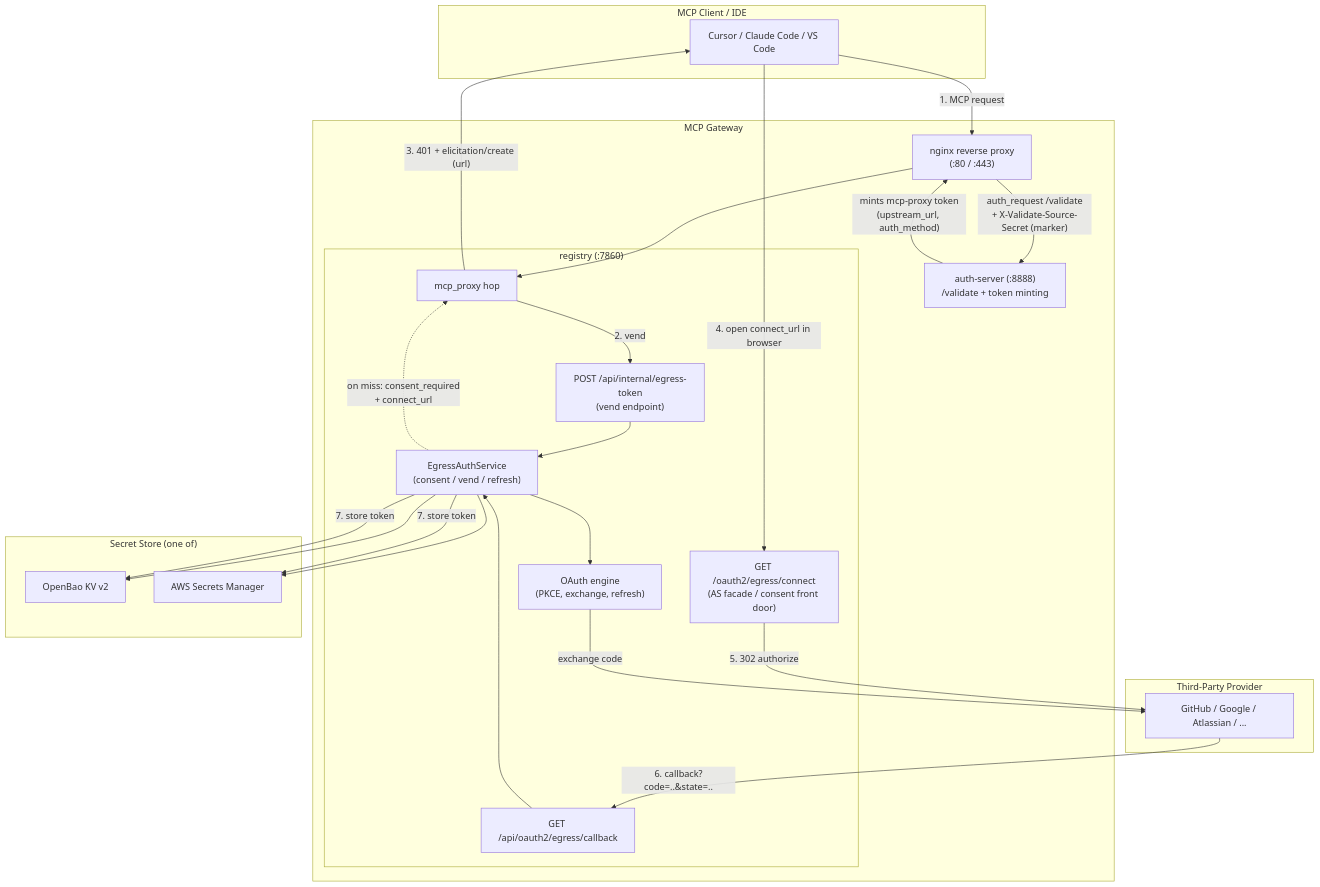
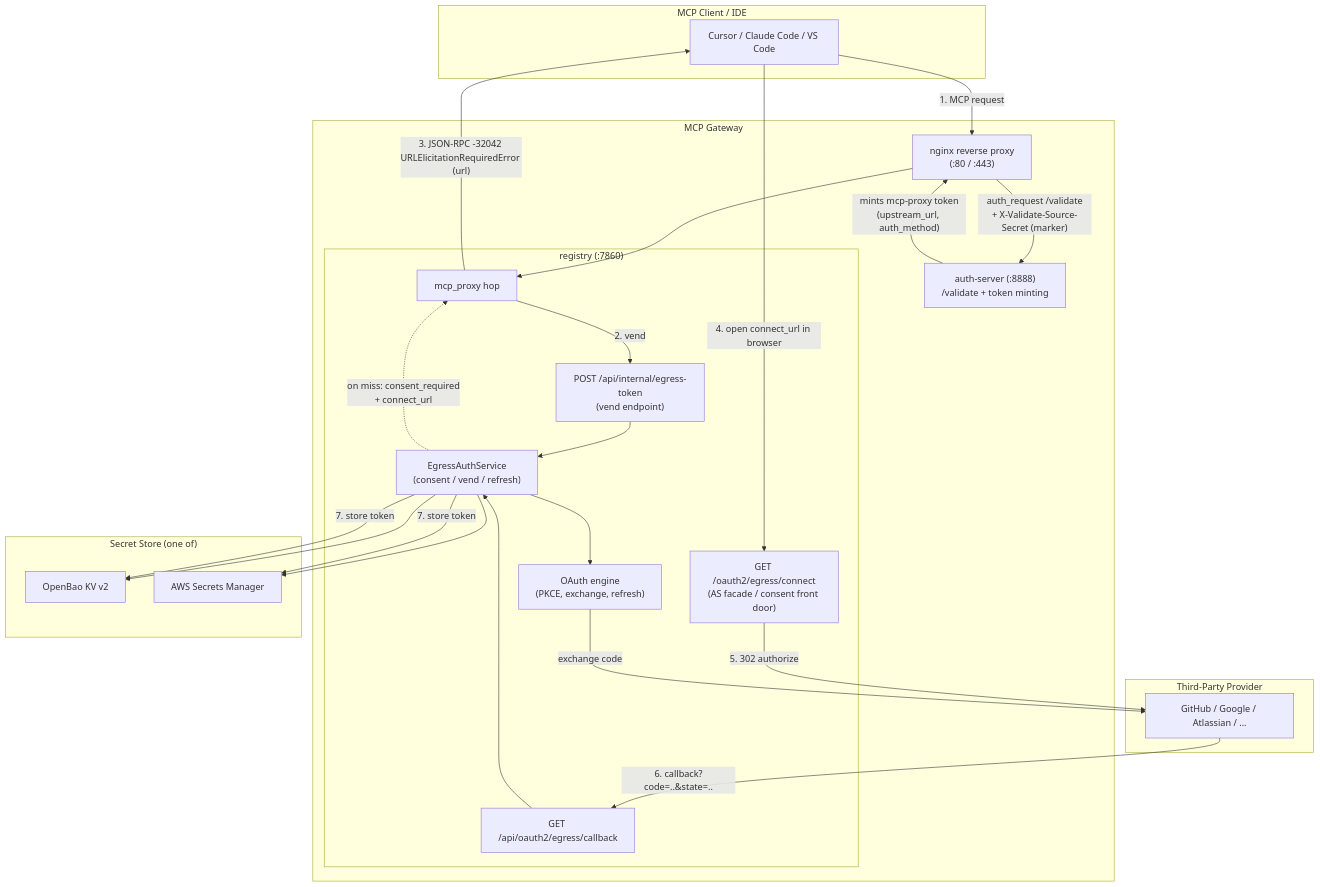
Before and after one commit to TheTechOddBug/mcp-gateway-registry: the first of 2 diagrams in docs/egress-credential-vault.md, drawn with Mermaid. The commit also changed other lines of this file, not shown here.

First line of the commit message:
docs: correct egress runtime-sequence diagram to match implementation

````diff
--- a/docs/egress-credential-vault.md
+++ b/docs/egress-credential-vault.md
@@ -58,47 +58,47 @@
 ```mermaid
 graph TB
     subgraph client["MCP Client / IDE"]
         IDE["Cursor / Claude Code / VS Code"]
     end
 
     subgraph gw["MCP Gateway"]
         NGINX["nginx reverse proxy<br/>(:80 / :443)"]
         AUTH["auth-server (:8888)<br/>/validate + token minting"]
         subgraph reg["registry (:7860)"]
             PROXY["mcp_proxy hop"]
             VEND["POST /api/internal/egress-token<br/>(vend endpoint)"]
             FACADE["GET /oauth2/egress/connect<br/>(AS facade / consent front door)"]
             CB["GET /api/oauth2/egress/callback"]
             SVC["EgressAuthService<br/>(consent / vend / refresh)"]
             ENGINE["OAuth engine<br/>(PKCE, exchange, refresh)"]
         end
     end
 
     subgraph vault["Secret Store (one of)"]
         OB["OpenBao KV v2"]
         SM["AWS Secrets Manager"]
     end
 
     subgraph tp["Third-Party Provider"]
         PROV["GitHub / Google / Atlassian / ..."]
     end
 
     IDE -->|"1. MCP request"| NGINX
     NGINX -->|"auth_request /validate<br/>+ X-Validate-Source-Secret (marker)"| AUTH
     AUTH -->|"mints mcp-proxy token<br/>(upstream_url, auth_method)"| NGINX
     NGINX --> PROXY
     PROXY -->|"2. vend"| VEND
     VEND --> SVC
     SVC --> OB
     SVC --> SM
     SVC -.->|"on miss: consent_required<br/>+ connect_url"| PROXY
-    PROXY -->|"3. 401 + elicitation/create (url)"| IDE
+    PROXY -->|"3. JSON-RPC -32042 URLElicitationRequiredError (url)"| IDE
     IDE -->|"4. open connect_url in browser"| FACADE
     FACADE -->|"5. 302 authorize"| PROV
     PROV -->|"6. callback?code=..&state=.."| CB
     CB --> SVC
     SVC --> ENGINE
     ENGINE -->|"exchange code"| PROV
     SVC -->|"7. store token"| OB
     SVC -->|"7. store token"| SM
 ```
````
